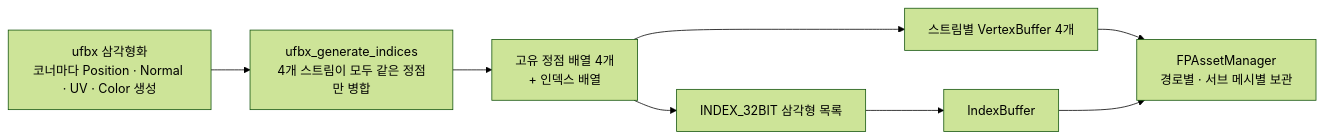
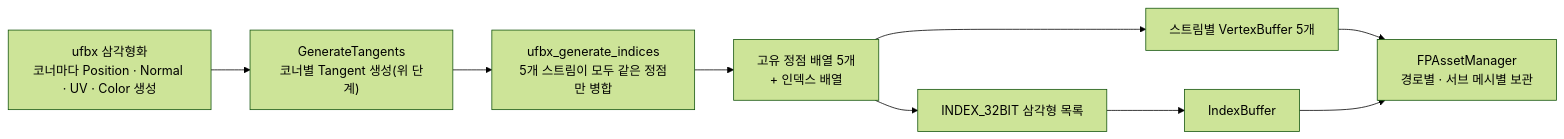
Diagram 11 of 20 in README.md (Gat-Young/ForestPearlEngine), drawn with Mermaid (forest theme) before and after one commit. The commit also changed other lines of this file and 38 other files, not shown here.

````diff
--- a/README.md
+++ b/README.md
@@ -1109,10 +1159,11 @@
 ```mermaid
 flowchart LR
-    A["ufbx 삼각형화<br/>코너마다 Position · Normal · UV · Color 생성"] --> B["ufbx_generate_indices<br/>4개 스트림이 모두 같은 정점만 병합"]
-    B --> C["고유 정점 배열 4개<br/>+ 인덱스 배열"]
+    A["ufbx 삼각형화<br/>코너마다 Position · Normal · UV · Color 생성"] --> T["GenerateTangents<br/>코너별 Tangent 생성(위 단계)"]
+    T --> B["ufbx_generate_indices<br/>5개 스트림이 모두 같은 정점만 병합"]
+    B --> C["고유 정점 배열 5개<br/>+ 인덱스 배열"]
     C --> D["INDEX_32BIT 삼각형 목록"]
-    C --> E["스트림별 VertexBuffer 4개"]
+    C --> E["스트림별 VertexBuffer 5개"]
     D --> F["IndexBuffer"]
     E --> G["FPAssetManager<br/>경로별 · 서브 메시별 보관"]
     F --> G
 ```
````
